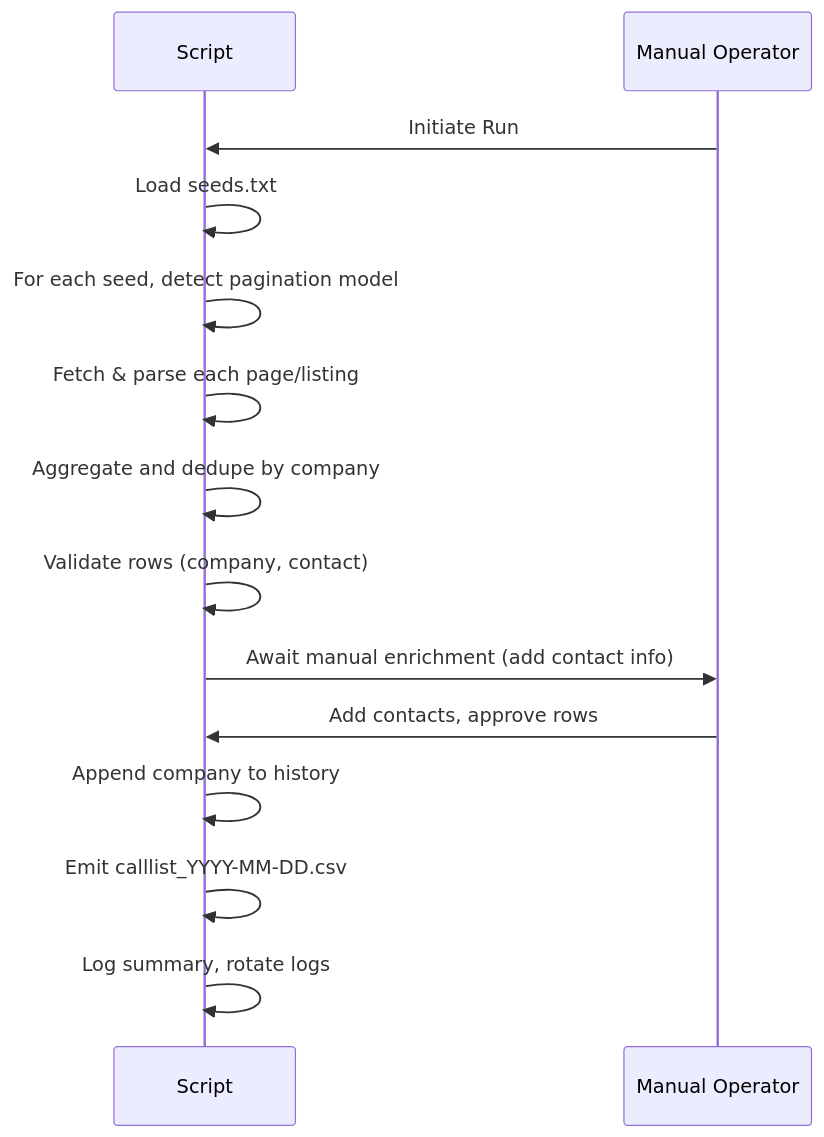
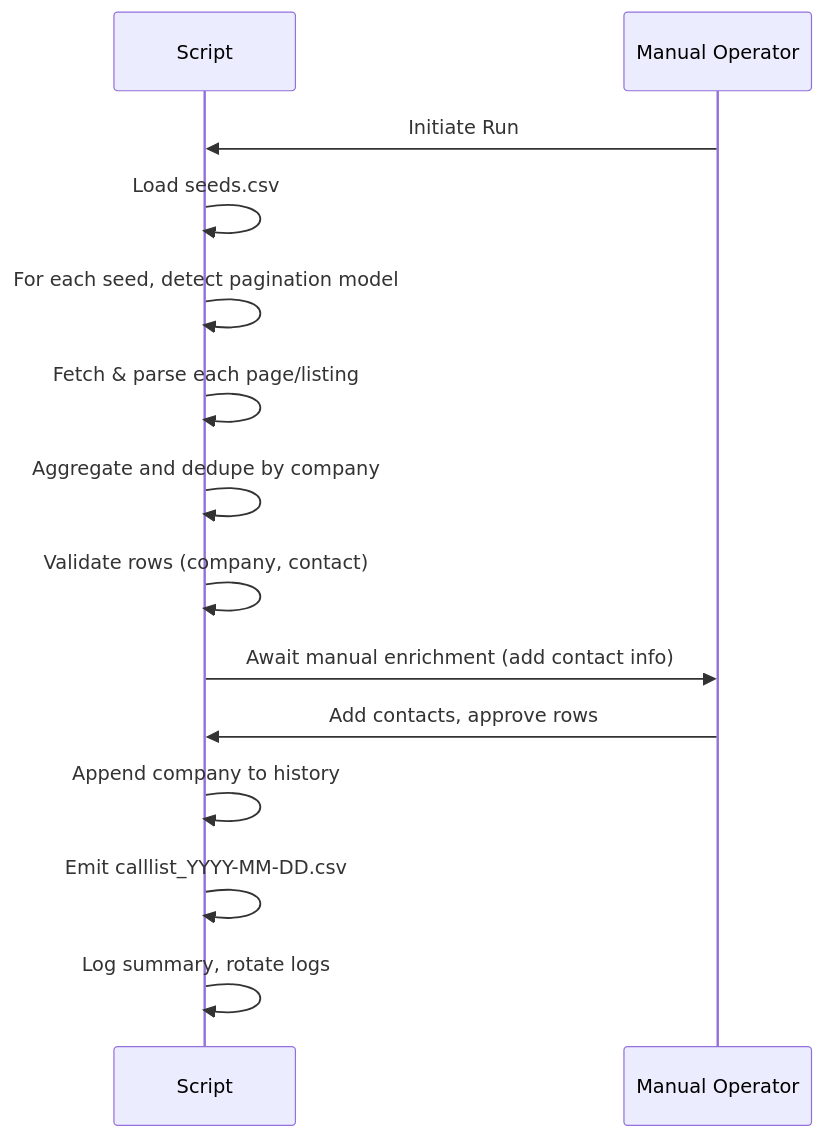
One commit to 2MuchC0ff33/elvis changed the eighth of 11 diagrams in README.md. Above: the diagram before and after it, drawn with Mermaid. The commit also changed other lines of this file and 23 other files, not shown here.

````diff
--- a/README.md
+++ b/README.md
@@ -846,16 +846,16 @@
 ```mermaid
 sequenceDiagram
     participant Script
     participant Operator as Manual Operator
     Operator->>Script: Initiate Run
-    Script->>Script: Load seeds.txt
+    Script->>Script: Load seeds.csv
     Script->>Script: For each seed, detect pagination model
     Script->>Script: Fetch & parse each page/listing
     Script->>Script: Aggregate and dedupe by company
     Script->>Script: Validate rows (company, contact)
     Script->>Operator: Await manual enrichment (add contact info)
     Operator->>Script: Add contacts, approve rows
     Script->>Script: Append company to history
     Script->>Script: Emit calllist_YYYY-MM-DD.csv
     Script->>Script: Log summary, rotate logs
 ```
````
